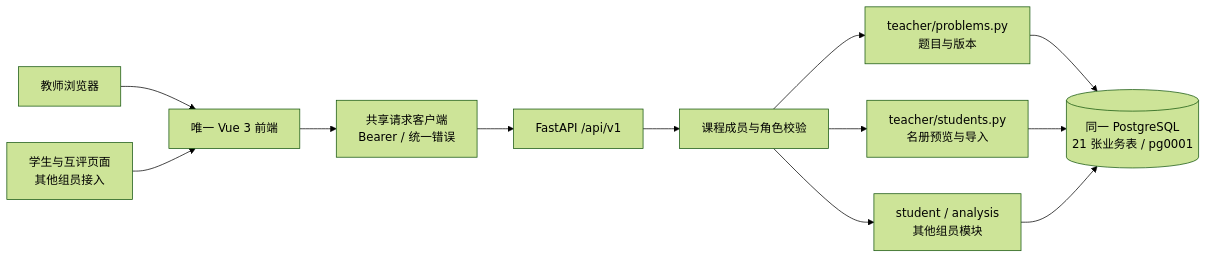
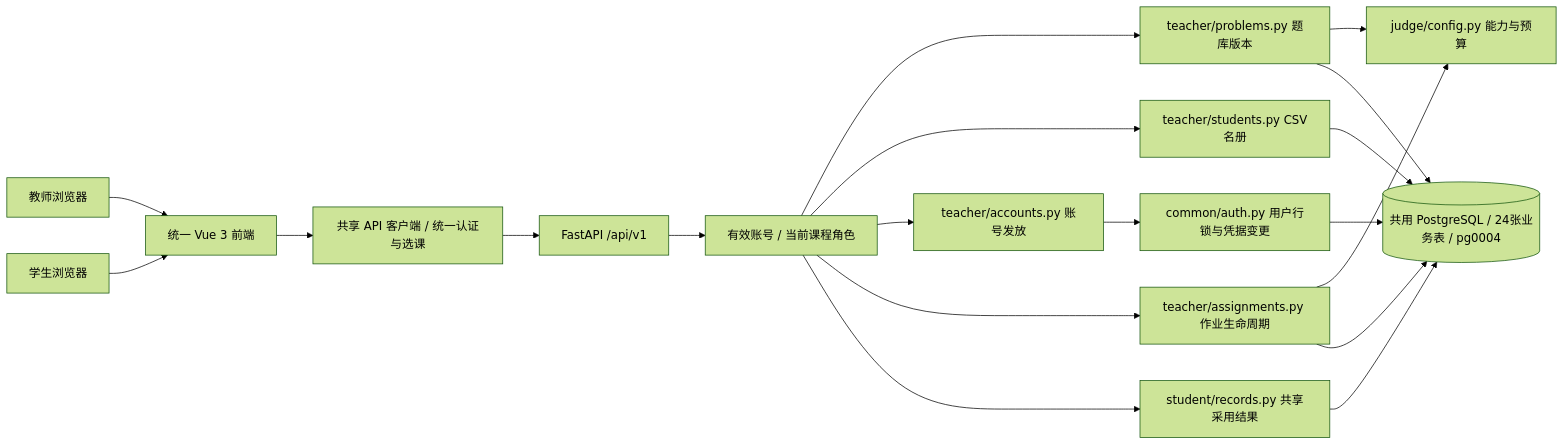
Before and after one commit to CuFe-hust/Algorithm_CourseDesign: the diagram in docs/design/teacher/architecture.md, drawn with Mermaid (forest theme). The commit also changed other lines of this file and 62 other files, not shown here.

````diff
--- a/docs/design/teacher/architecture.md
+++ b/docs/design/teacher/architecture.md
@@ -17,14 +17,21 @@
 ```mermaid
 flowchart LR
-  T[教师浏览器] --> V[唯一 Vue 3 前端]
-  S[学生与互评页面<br/>其他组员接入] --> V
-  V --> C[共享请求客户端<br/>Bearer / 统一错误]
+  T[教师浏览器] --> V[统一 Vue 3 前端]
+  S[学生浏览器] --> V
+  V --> C[共享 API 客户端 / 统一认证与选课]
   C --> A[FastAPI /api/v1]
-  A --> P[课程成员与角色校验]
-  P --> Q[teacher/problems.py<br/>题目与版本]
-  P --> R[teacher/students.py<br/>名册预览与导入]
-  P --> O[student / analysis<br/>其他组员模块]
-  Q --> D[(同一 PostgreSQL<br/>21 张业务表 / pg0001)]
+  A --> P[有效账号 / 当前课程角色]
+  P --> Q[teacher/problems.py 题库版本]
+  P --> R[teacher/students.py CSV名册]
+  P --> U[teacher/accounts.py 账号发放]
+  P --> W[teacher/assignments.py 作业生命周期]
+  U --> H[common/auth.py 用户行锁与凭据变更]
+  P --> E[student/records.py 共享采用结果]
+  W --> J[judge/config.py 能力与预算]
+  Q --> J
+  Q --> D[(共用 PostgreSQL / 24张业务表 / pg0004)]
   R --> D
-  O --> D
+  H --> D
+  W --> D
+  E --> D
 ```
````
